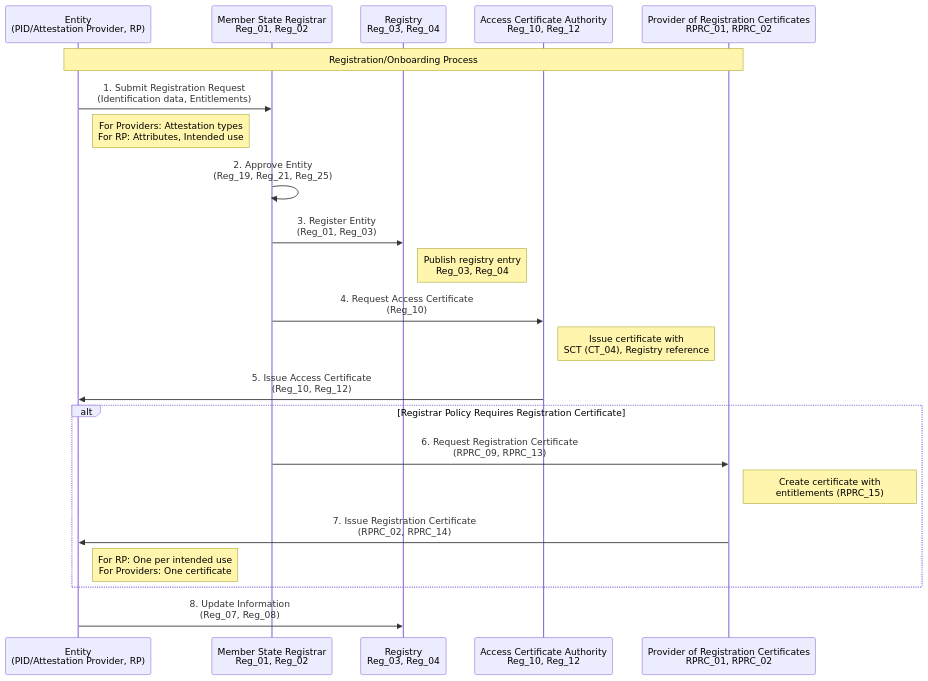
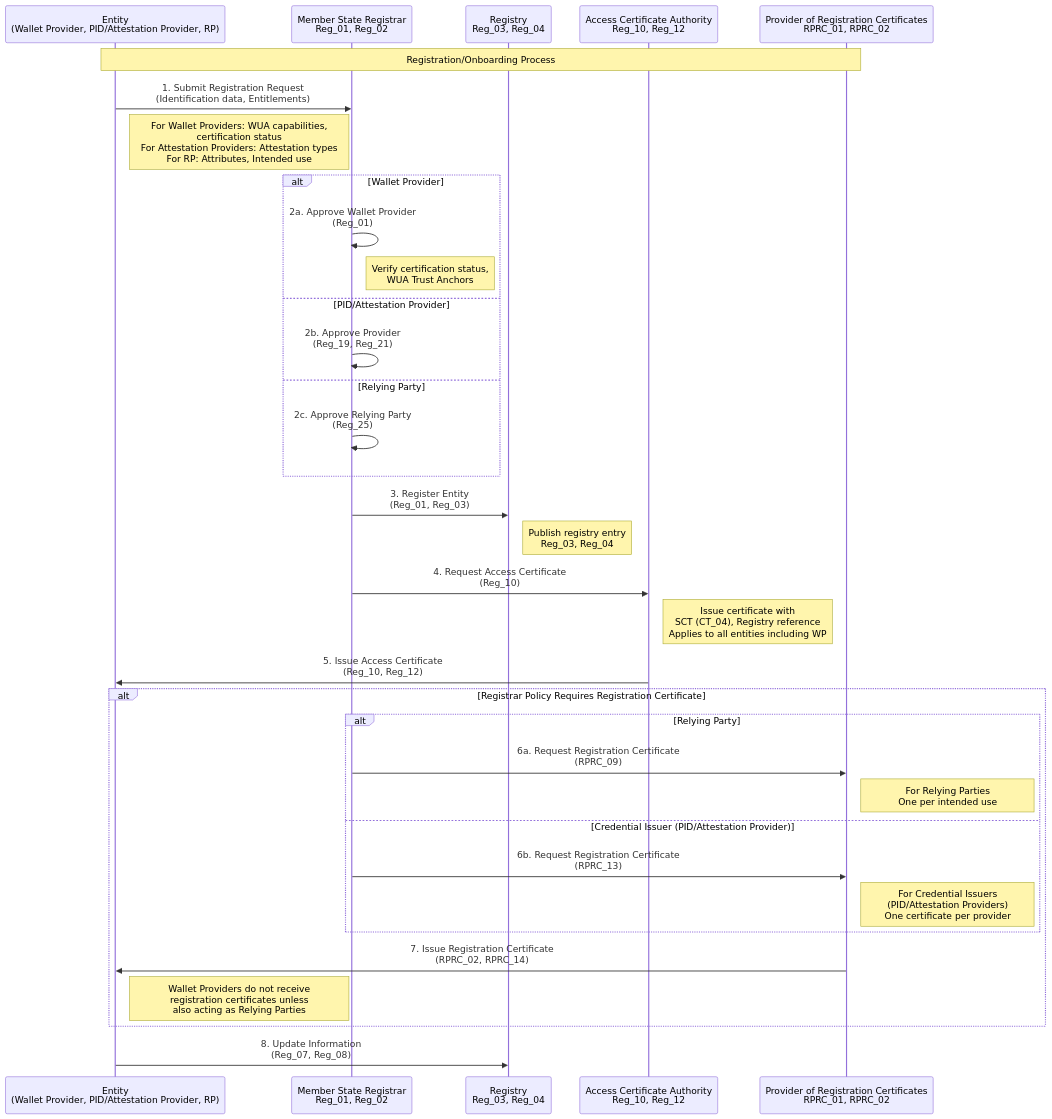
One commit to webuild-consortium/wp4-trust-group changed the second of 6 diagrams in task2-trust-framework/trust-infrastructure-schema.md. Above: the diagram before and after it, drawn with Mermaid. The commit also changed other lines of this file, not shown here.

Commit message:
fix: trust infra BP, got Lukasz and DavSanOl suggestions about WP registration

````diff
--- a/task2-trust-framework/trust-infrastructure-schema.md
+++ b/task2-trust-framework/trust-infrastructure-schema.md
@@ -221,33 +242,45 @@
 ```mermaid
 sequenceDiagram
-    participant Entity as Entity<br/>(PID/Attestation Provider, RP)
+    participant Entity as Entity<br/>(Wallet Provider, PID/Attestation Provider, RP)
     participant Registrar as Member State Registrar<br/>Reg_01, Reg_02
     participant Registry as Registry<br/>Reg_03, Reg_04
     participant AccessCA as Access Certificate Authority<br/>Reg_10, Reg_12
     participant RegCertProv as Provider of Registration Certificates<br/>RPRC_01, RPRC_02
 
     Note over Entity,RegCertProv: Registration/Onboarding Process
 
     Entity->>Registrar: 1. Submit Registration Request<br/>(Identification data, Entitlements)
-    Note right of Entity: For Providers: Attestation types<br/>For RP: Attributes, Intended use
+    Note right of Entity: For Wallet Providers: WUA capabilities,<br/>certification status<br/>For Attestation Providers: Attestation types<br/>For RP: Attributes, Intended use
 
-    Registrar->>Registrar: 2. Approve Entity<br/>(Reg_19, Reg_21, Reg_25)
+    alt Wallet Provider
+        Registrar->>Registrar: 2a. Approve Wallet Provider<br/>(Reg_01)
+        Note right of Registrar: Verify certification status,<br/>WUA Trust Anchors
+    else PID/Attestation Provider
+        Registrar->>Registrar: 2b. Approve Provider<br/>(Reg_19, Reg_21)
+    else Relying Party
+        Registrar->>Registrar: 2c. Approve Relying Party<br/>(Reg_25)
+    end
 
     Registrar->>Registry: 3. Register Entity<br/>(Reg_01, Reg_03)
     Note right of Registry: Publish registry entry<br/>Reg_03, Reg_04
 
     Registrar->>AccessCA: 4. Request Access Certificate<br/>(Reg_10)
-    Note right of AccessCA: Issue certificate with<br/>SCT (CT_04), Registry reference
+    Note right of AccessCA: Issue certificate with<br/>SCT (CT_04), Registry reference<br/>Applies to all entities including WP
 
     AccessCA->>Entity: 5. Issue Access Certificate<br/>(Reg_10, Reg_12)
 
     alt Registrar Policy Requires Registration Certificate
-        Registrar->>RegCertProv: 6. Request Registration Certificate<br/>(RPRC_09, RPRC_13)
-        Note right of RegCertProv: Create certificate with<br/>entitlements (RPRC_15)
+        alt Relying Party
+            Registrar->>RegCertProv: 6a. Request Registration Certificate<br/>(RPRC_09)
+            Note right of RegCertProv: For Relying Parties<br/>One per intended use
+        else Credential Issuer (PID/Attestation Provider)
+            Registrar->>RegCertProv: 6b. Request Registration Certificate<br/>(RPRC_13)
+            Note right of RegCertProv: For Credential Issuers<br/>(PID/Attestation Providers)<br/>One certificate per provider
+        end
 
         RegCertProv->>Entity: 7. Issue Registration Certificate<br/>(RPRC_02, RPRC_14)
-        Note right of Entity: For RP: One per intended use<br/>For Providers: One certificate
+        Note right of Entity: Wallet Providers do not receive<br/>registration certificates unless<br/>also acting as Relying Parties
     end
 
     Entity->>Registry: 8. Update Information<br/>(Reg_07, Reg_08)
 ```
````
